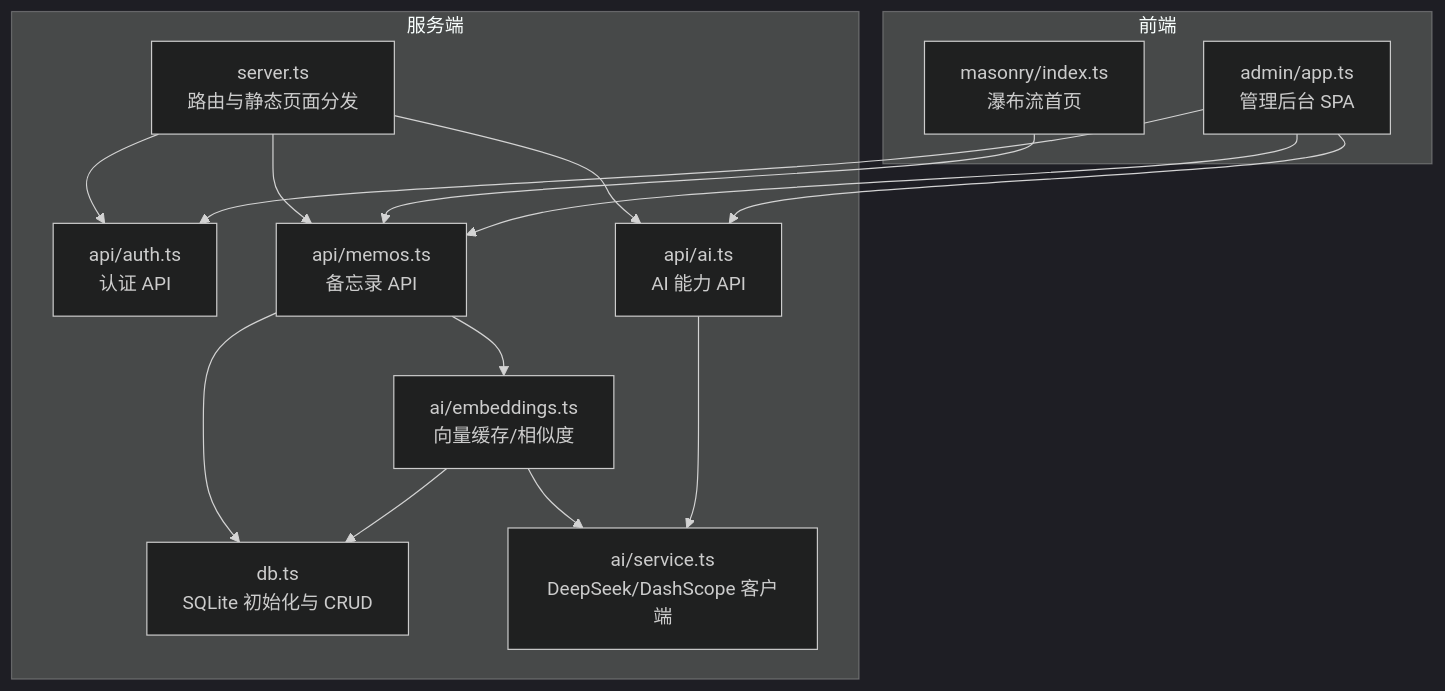
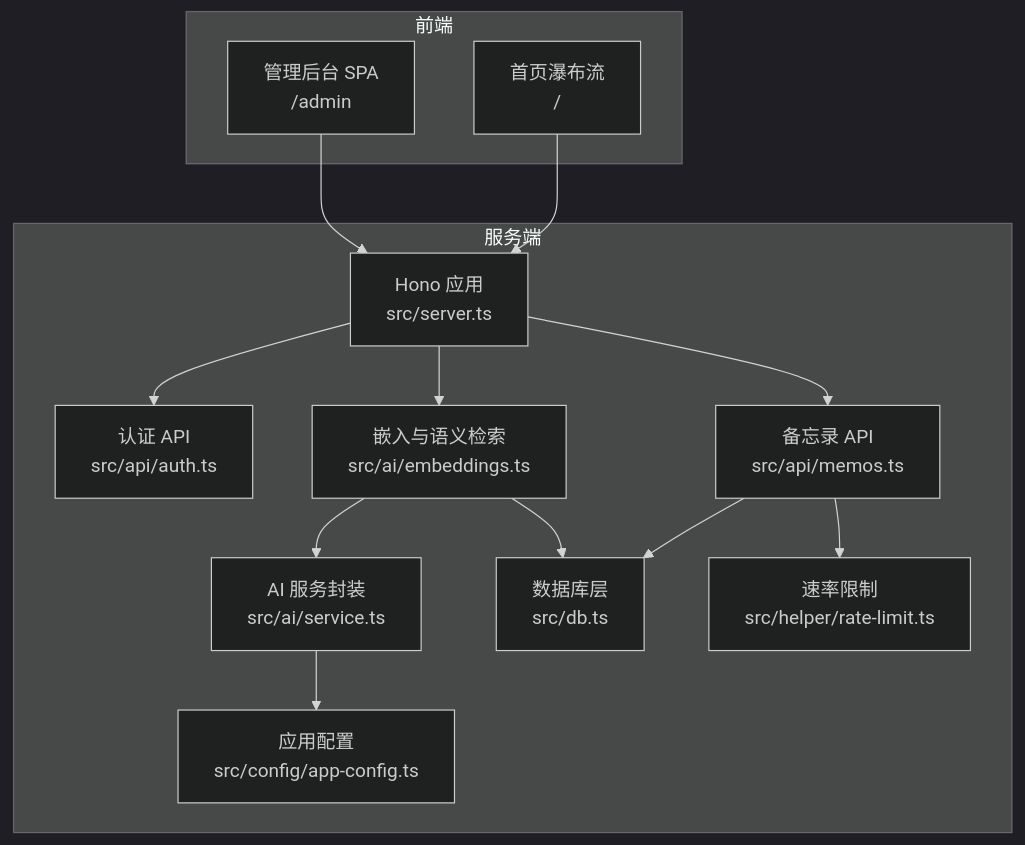
Before and after one commit to BlackBoxRecorder/memos: the second of 7 diagrams in .qoder/repowiki/zh/content/故障排除.md, drawn with Mermaid (dark theme). The commit also changed other lines of this file and 83 other files, not shown here.

````diff
--- a/.qoder/repowiki/zh/content/故障排除.md
+++ b/.qoder/repowiki/zh/content/故障排除.md
@@ -47,28 +107,27 @@
 ```mermaid
 graph TB
+subgraph "前端"
+FE1["首页瀑布流<br/>/"]
+FE2["管理后台 SPA<br/>/admin"]
+end
 subgraph "服务端"
-S["server.ts<br/>路由与静态页面分发"]
-AAuth["api/auth.ts<br/>认证 API"]
-AMemos["api/memos.ts<br/>备忘录 API"]
-AAI["api/ai.ts<br/>AI 能力 API"]
-DB["db.ts<br/>SQLite 初始化与 CRUD"]
-EMB["ai/embeddings.ts<br/>向量缓存/相似度"]
-SVC["ai/service.ts<br/>DeepSeek/DashScope 客户端"]
+S["Hono 应用<br/>src/server.ts"]
+APIA["认证 API<br/>src/api/auth.ts"]
+APIM["备忘录 API<br/>src/api/memos.ts"]
+AI["AI 服务封装<br/>src/ai/service.ts"]
+EMB["嵌入与语义检索<br/>src/ai/embeddings.ts"]
+DB["数据库层<br/>src/db.ts"]
+RL["速率限制<br/>src/helper/rate-limit.ts"]
+CFG["应用配置<br/>src/config/app-config.ts"]
 end
-subgraph "前端"
-MASON["masonry/index.ts<br/>瀑布流首页"]
-ADMIN["admin/app.ts<br/>管理后台 SPA"]
-end
-S --> AAuth
-S --> AMemos
-S --> AAI
-AMemos --> DB
-AMemos --> EMB
+FE1 --> S
+FE2 --> S
+S --> APIA
+S --> APIM
+S --> EMB
+APIM --> RL
+APIM --> DB
+EMB --> AI
 EMB --> DB
-EMB --> SVC
-AAI --> SVC
-MASON --> AMemos
-ADMIN --> AAuth
-ADMIN --> AMemos
-ADMIN --> AAI
+AI --> CFG
 ```
````
